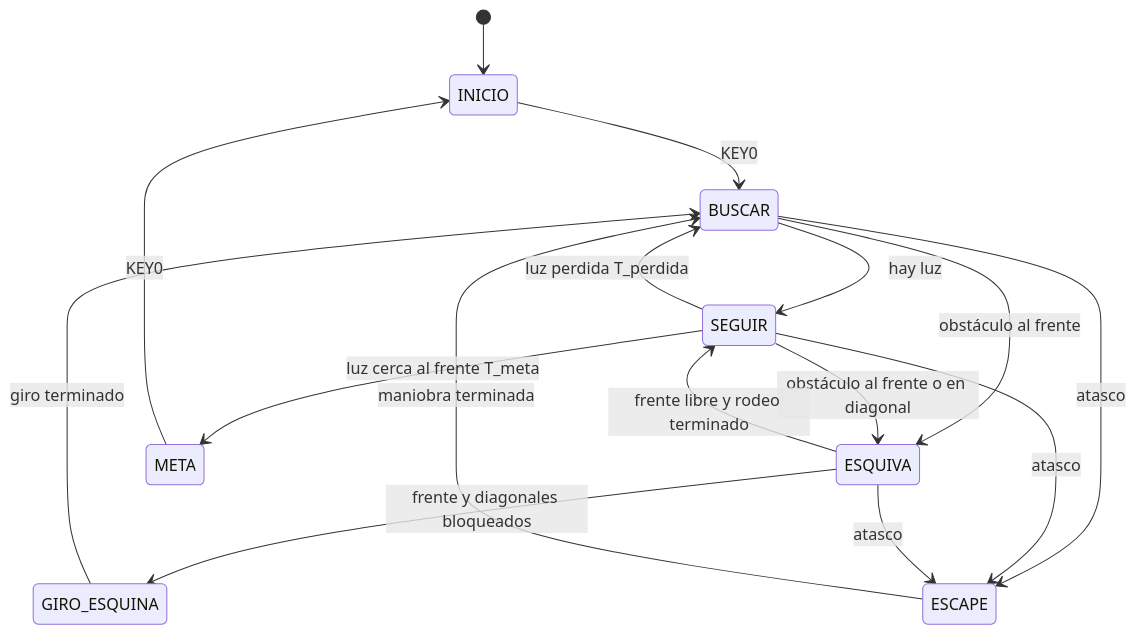
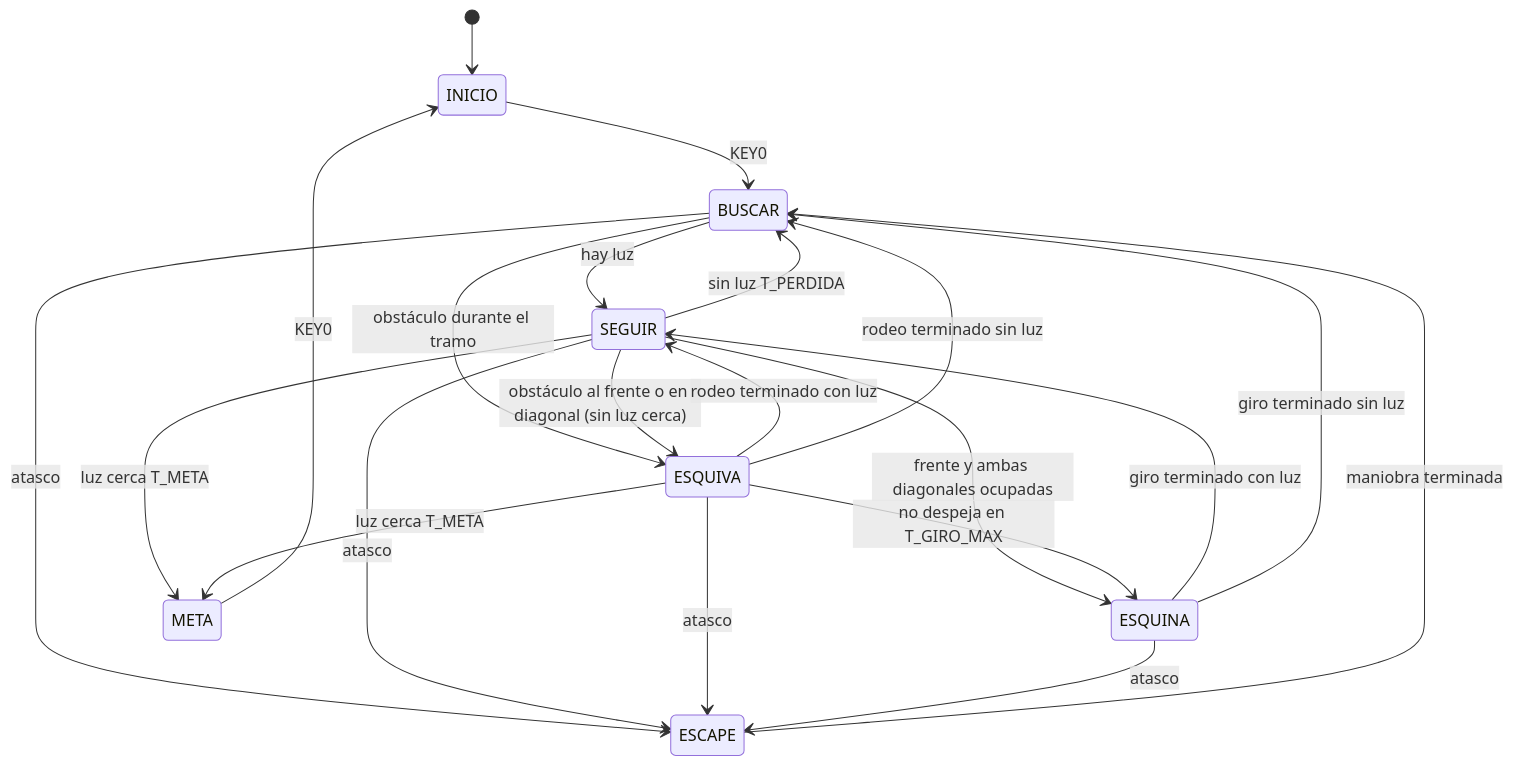
The second of 2 diagrams in docs/ARQUITECTURA.md (samisal123/robot-seguidor-luz-vlsi), drawn with Mermaid before and after one commit. The commit also changed other lines of this file and 6 other files, not shown here.

````diff
--- a/docs/ARQUITECTURA.md
+++ b/docs/ARQUITECTURA.md
@@ -68,18 +75,23 @@
 ```mermaid
 stateDiagram-v2
     [*] --> INICIO
     INICIO --> BUSCAR: KEY0
     BUSCAR --> SEGUIR: hay luz
-    BUSCAR --> ESQUIVA: obstáculo al frente
-    SEGUIR --> BUSCAR: luz perdida T_perdida
-    SEGUIR --> ESQUIVA: obstáculo al frente o en diagonal
-    SEGUIR --> META: luz cerca al frente T_meta
-    ESQUIVA --> SEGUIR: frente libre y rodeo terminado
-    ESQUIVA --> GIRO_ESQUINA: frente y diagonales bloqueados
-    GIRO_ESQUINA --> BUSCAR: giro terminado
+    BUSCAR --> ESQUIVA: obstáculo durante el tramo
+    SEGUIR --> BUSCAR: sin luz T_PERDIDA
+    SEGUIR --> ESQUIVA: obstáculo al frente o en diagonal (sin luz cerca)
+    SEGUIR --> ESQUINA: frente y ambas diagonales ocupadas
+    SEGUIR --> META: luz cerca T_META
+    ESQUIVA --> SEGUIR: rodeo terminado con luz
+    ESQUIVA --> BUSCAR: rodeo terminado sin luz
+    ESQUIVA --> ESQUINA: no despeja en T_GIRO_MAX
+    ESQUIVA --> META: luz cerca T_META
+    ESQUINA --> SEGUIR: giro terminado con luz
+    ESQUINA --> BUSCAR: giro terminado sin luz
     BUSCAR --> ESCAPE: atasco
     SEGUIR --> ESCAPE: atasco
     ESQUIVA --> ESCAPE: atasco
+    ESQUINA --> ESCAPE: atasco
     ESCAPE --> BUSCAR: maniobra terminada
     META --> INICIO: KEY0
 ```
````
